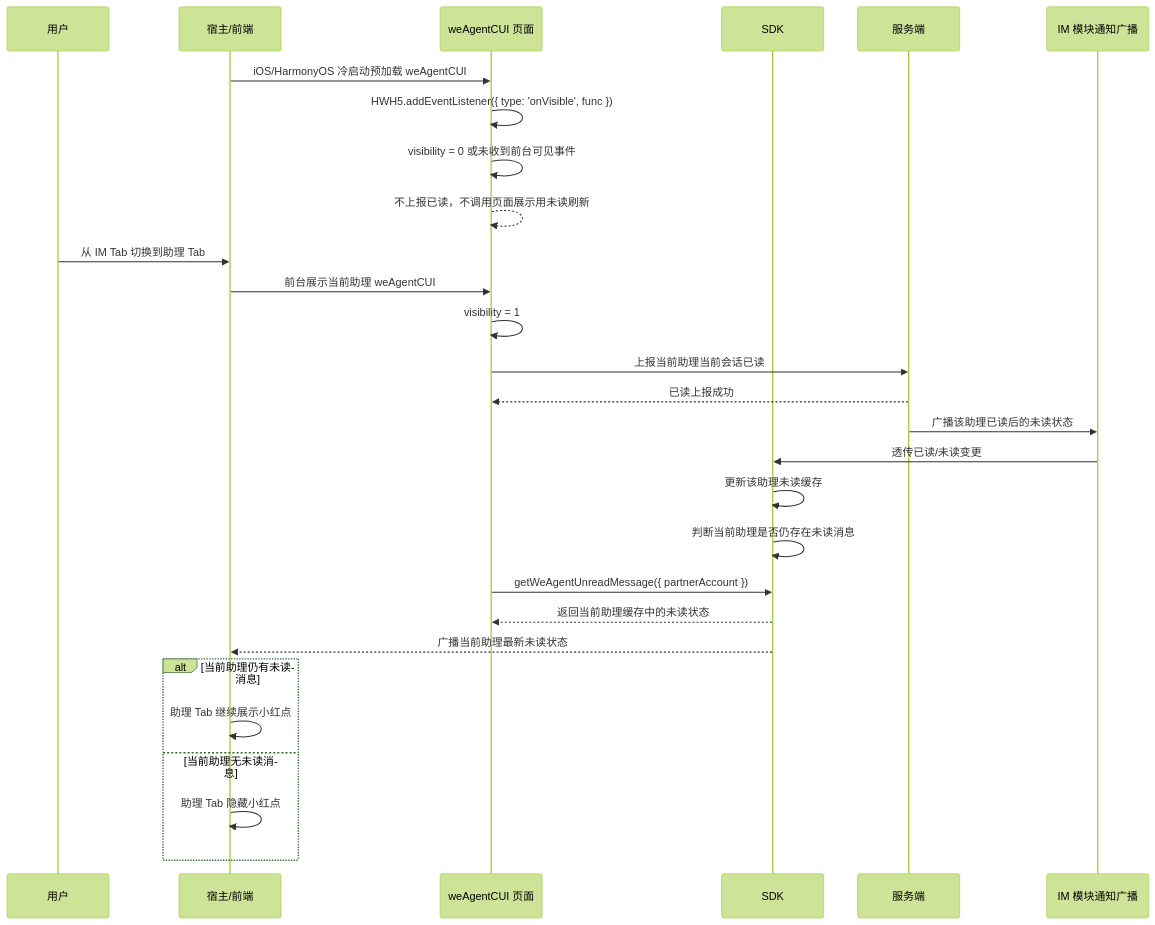
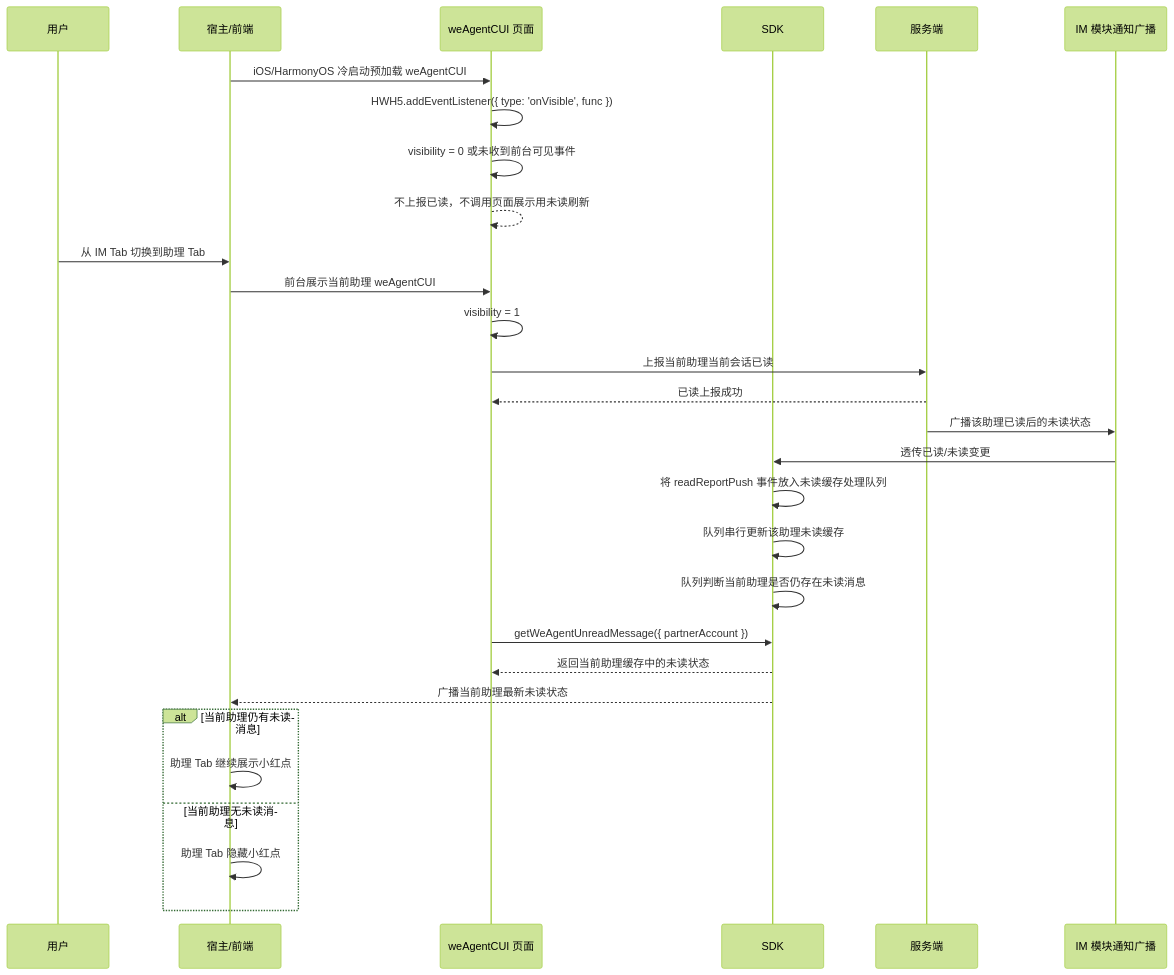
The fifth of 6 diagrams in 2026-06-11-we-agent-tab-unread-red-dot-plan.md (Abelsjcheng/skillSDK), drawn with Mermaid (forest theme) before and after one commit. The commit also changed other lines of this file, not shown here.

````diff
--- a/2026-06-11-we-agent-tab-unread-red-dot-plan.md
+++ b/2026-06-11-we-agent-tab-unread-red-dot-plan.md
@@ -154,31 +157,32 @@
 ```mermaid
 sequenceDiagram
     participant User as 用户
     participant Host as 宿主/前端
     participant CUI as weAgentCUI 页面
     participant SDK as SDK
     participant Server as 服务端
     participant IM as IM 模块通知广播
 
     Host->>CUI: iOS/HarmonyOS 冷启动预加载 weAgentCUI
     CUI->>CUI: HWH5.addEventListener({ type: 'onVisible', func })
     CUI->>CUI: visibility = 0 或未收到前台可见事件
     CUI-->>CUI: 不上报已读，不调用页面展示用未读刷新
     User->>Host: 从 IM Tab 切换到助理 Tab
     Host->>CUI: 前台展示当前助理 weAgentCUI
     CUI->>CUI: visibility = 1
     CUI->>Server: 上报当前助理当前会话已读
     Server-->>CUI: 已读上报成功
     Server->>IM: 广播该助理已读后的未读状态
     IM->>SDK: 透传已读/未读变更
-    SDK->>SDK: 更新该助理未读缓存
-    SDK->>SDK: 判断当前助理是否仍存在未读消息
+    SDK->>SDK: 将 readReportPush 事件放入未读缓存处理队列
+    SDK->>SDK: 队列串行更新该助理未读缓存
+    SDK->>SDK: 队列判断当前助理是否仍存在未读消息
     CUI->>SDK: getWeAgentUnreadMessage({ partnerAccount })
     SDK-->>CUI: 返回当前助理缓存中的未读状态
     SDK-->>Host: 广播当前助理最新未读状态
     alt 当前助理仍有未读消息
         Host->>Host: 助理 Tab 继续展示小红点
     else 当前助理无未读消息
         Host->>Host: 助理 Tab 隐藏小红点
     end
 ```
````
